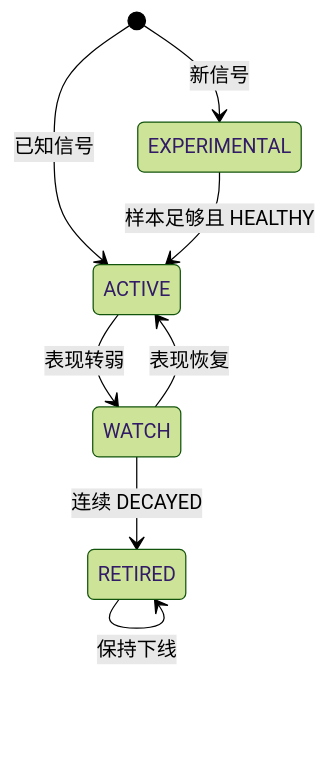
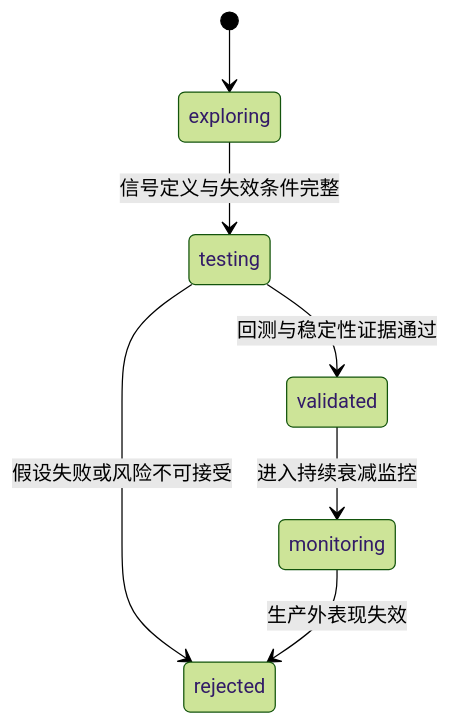
The diagram in docs/ITERATION_STRATEGY.md (niyoh120/Wyckoff-Analysis), drawn with Mermaid (forest theme) before and after one commit. The commit also changed other lines of this file and 5 other files, not shown here.

````diff
--- a/docs/ITERATION_STRATEGY.md
+++ b/docs/ITERATION_STRATEGY.md
@@ -224,10 +27,9 @@
 ```mermaid
 stateDiagram-v2
-  [*] --> EXPERIMENTAL: 新信号
-  [*] --> ACTIVE: 已知信号
-  EXPERIMENTAL --> ACTIVE: 样本足够且 HEALTHY
-  ACTIVE --> WATCH: 表现转弱
-  WATCH --> ACTIVE: 表现恢复
-  WATCH --> RETIRED: 连续 DECAYED
-  RETIRED --> RETIRED: 保持下线
+  [*] --> exploring
+  exploring --> testing: 信号定义与失效条件完整
+  testing --> validated: 回测与稳定性证据通过
+  testing --> rejected: 假设失败或风险不可接受
+  validated --> monitoring: 进入持续衰减监控
+  monitoring --> rejected: 生产外表现失效
 ```
````
